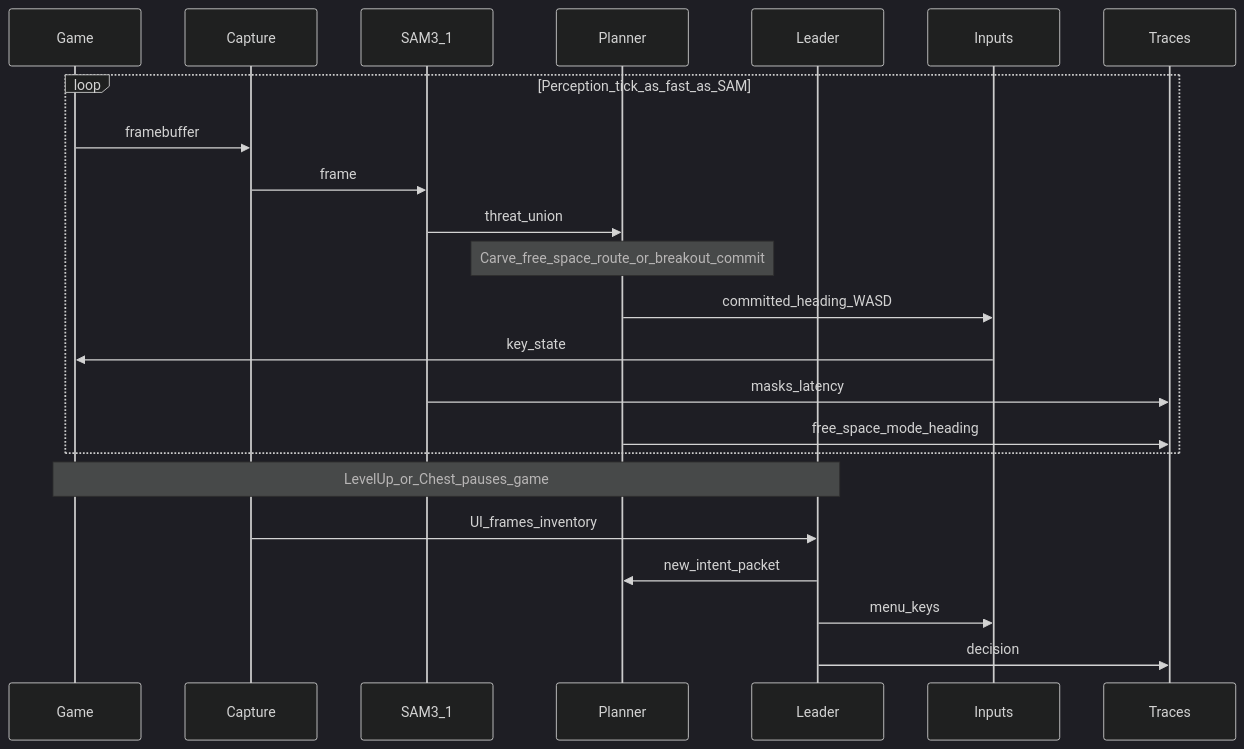
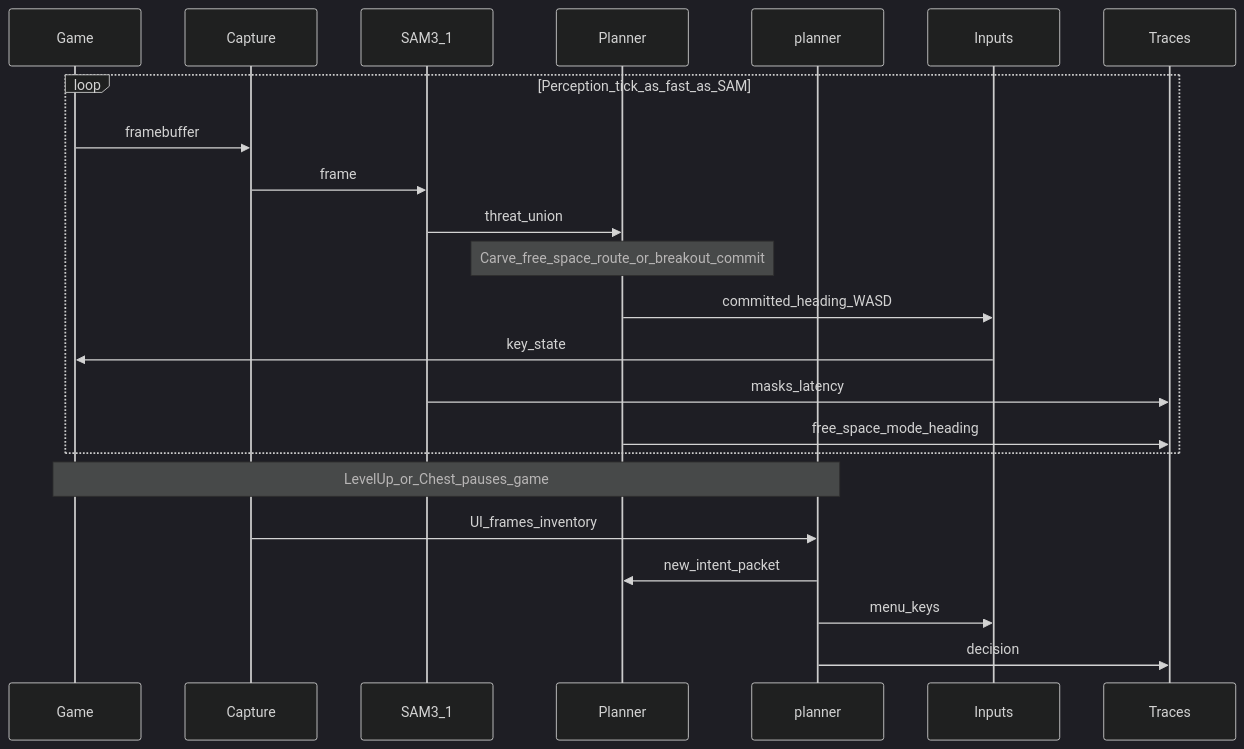
The fourth of 5 diagrams in sideInspiration/docs/plans/vs_agent_harness_cloud.plan.md (Coldaine/vs-agent), drawn with Mermaid (dark theme) before and after one commit. The commit also changed other lines of this file and 37 other files, not shown here.

First line of the commit message:
Rename follower->pilot and leader->planner across model layer, docs, and prompts

````diff
--- a/sideInspiration/docs/plans/vs_agent_harness_cloud.plan.md
+++ b/sideInspiration/docs/plans/vs_agent_harness_cloud.plan.md
@@ -200,27 +200,27 @@
 ```mermaid
 sequenceDiagram
   participant Game
   participant Cap as Capture
   participant SAM as SAM3_1
   participant Plan as Planner
-  participant Leader as Leader
+  participant planner as planner
   participant Inp as Inputs
   participant Trace as Traces
 
   loop Perception_tick_as_fast_as_SAM
     Game->>Cap: framebuffer
     Cap->>SAM: frame
     SAM->>Plan: threat_union
     Note over Plan: Carve_free_space_route_or_breakout_commit
     Plan->>Inp: committed_heading_WASD
     Inp->>Game: key_state
     SAM->>Trace: masks_latency
     Plan->>Trace: free_space_mode_heading
   end
 
-  Note over Game,Leader: LevelUp_or_Chest_pauses_game
-  Cap->>Leader: UI_frames_inventory
-  Leader->>Plan: new_intent_packet
-  Leader->>Inp: menu_keys
-  Leader->>Trace: decision
+  Note over Game,planner: LevelUp_or_Chest_pauses_game
+  Cap->>planner: UI_frames_inventory
+  planner->>Plan: new_intent_packet
+  planner->>Inp: menu_keys
+  planner->>Trace: decision
 ```
````
